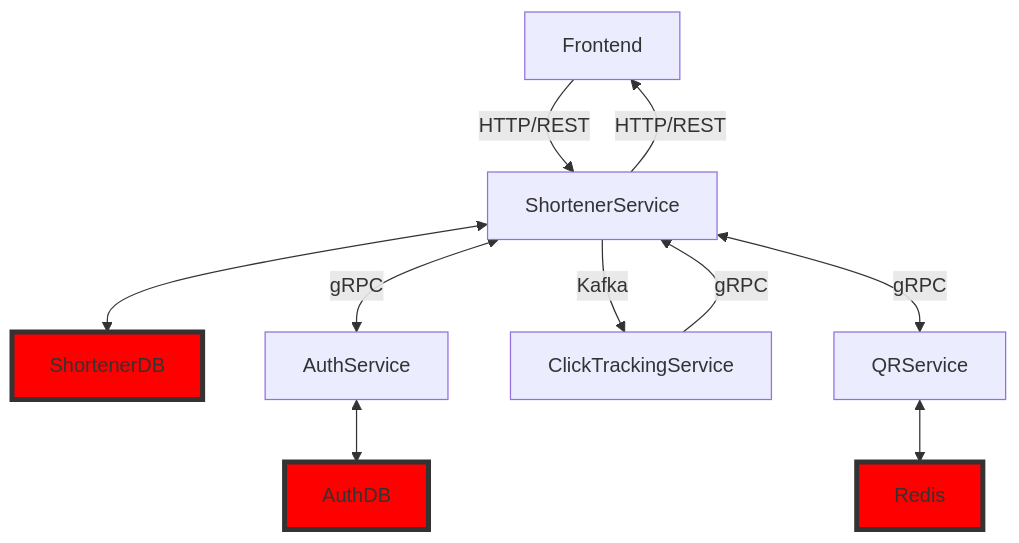
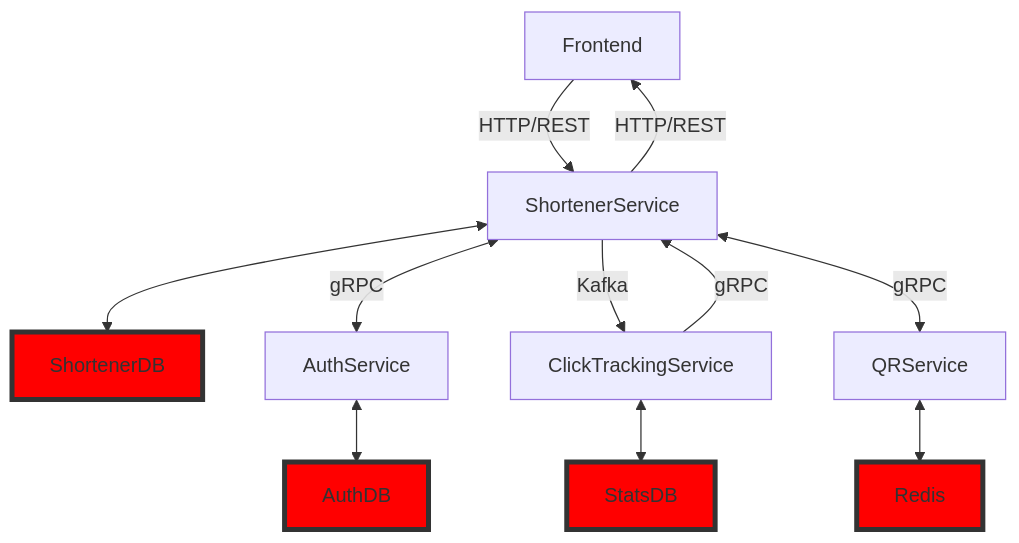
The diagram in README.md (Simoffsky/Url-Shortener), drawn with Mermaid before and after one commit.

````diff
--- a/README.md
+++ b/README.md
@@ -3,21 +3,21 @@
 ```mermaid
 flowchart TB;
     Frontend -->|HTTP/REST| ShortenerService;
 
     ShortenerService<-->ShortenerDB;
     ShortenerService <-->|gRPC| AuthService;
     ShortenerService -->|Kafka| ClickTrackingService;
     ClickTrackingService -->|gRPC| ShortenerService;
     
     ShortenerService -->|HTTP/REST| Frontend;
     
     ShortenerService <-->|gRPC| QRService;
 
     QRService<-->Redis;
     AuthService<-->AuthDB;
-
+    ClickTrackingService <--> StatsDB;
     
-    class Redis,ShortenerDB,AuthDB database;
+    class Redis,ShortenerDB,AuthDB,StatsDB database;
     
     classDef database fill:#f00,stroke:#333,stroke-width:4px;
 ```
````
